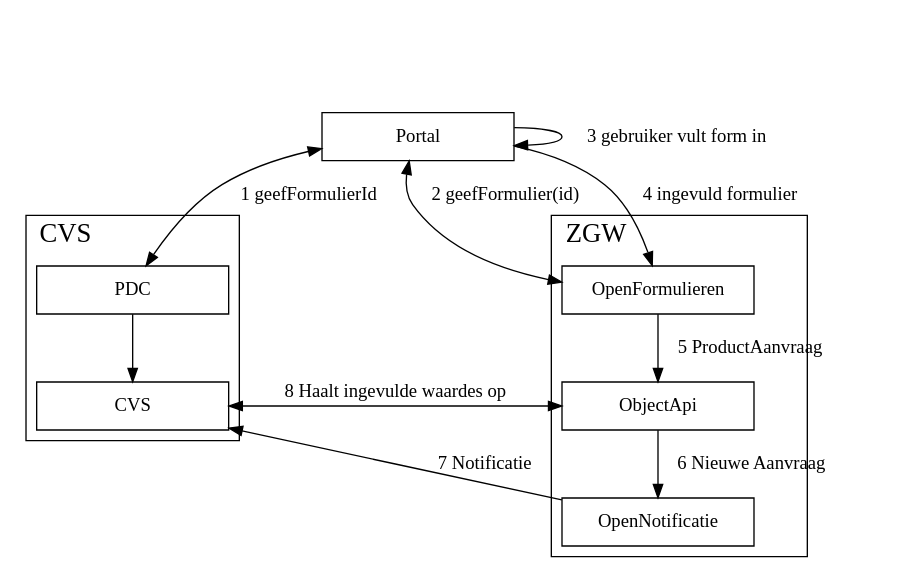
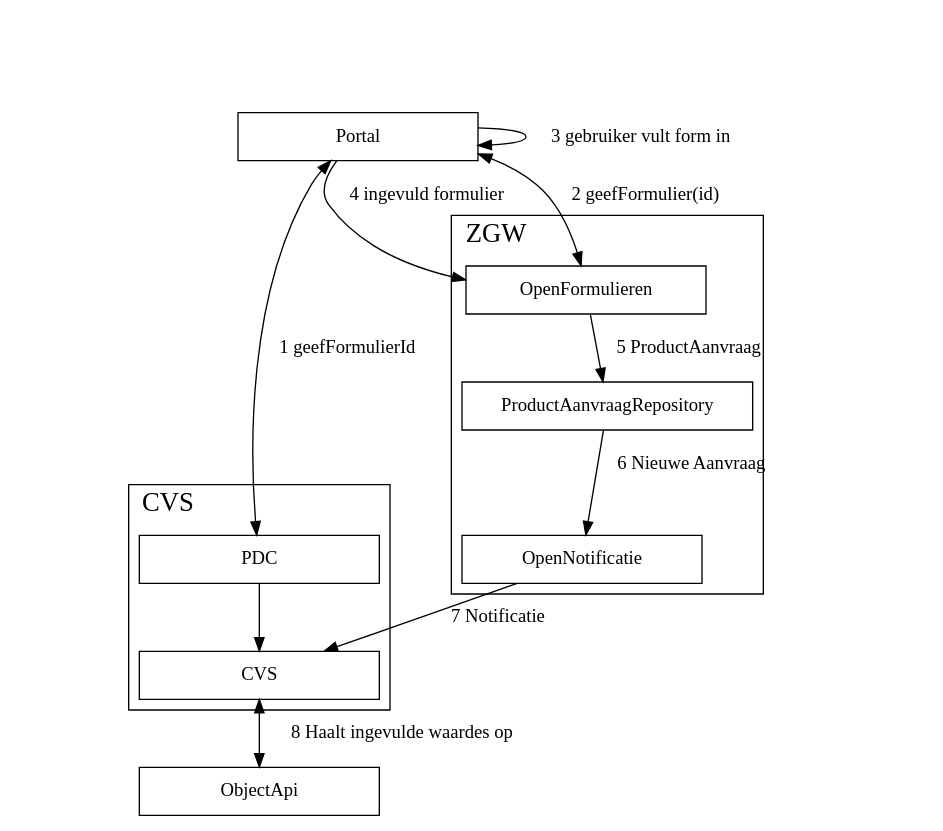
The diagram in images/graphviz/productaanvraag_cvs.dot (Gemeente-DenHaag/referentie-common-ground-implementatie), drawn with Graphviz before and after one commit. The commit also changed 1 other file, not shown here.

```diff
--- a/images/graphviz/productaanvraag_cvs.dot
+++ b/images/graphviz/productaanvraag_cvs.dot
@@ -1,50 +1,50 @@
    digraph {
         rankdir="TB";
         nodesep=0.5;
-        node [shape="box",width=2];
+        node [shape="box",width=2.5];
         fontsize=20;
 
         subgraph helper_left{
             rank=same;
             helper1[style=invis];
             helper2[style=invis];
             helper3[style=invis];
             helper1->helper2->helper3[style=invis];
         }
 
         subgraph cluster_cvs{
             label="CVS"
             labelloc="t";
             labeljust="l"
             CVS;
             PDC;
             PDC->CVS;
         }
 
         subgraph cluster_zgw{
             label="ZGW"
             labelloc="t";
             labeljust="l"
             OpenFormulieren;
-            ObjectApi;
+            ProductAanvraagRepository;
             OpenNotificatie;
         }  
 
         helper3->OpenFormulieren[style=invis];
         helper2->Portal[style=invis];
         helper1->PDC[style=invis];
 
         Portal->PDC[dir=both,label="1 geefFormulierId"];
         Portal->OpenFormulieren[label="2 geefFormulier(id)",dir=both]
         Portal->Portal[label="3 gebruiker vult form in"];
 
 
         Portal->OpenFormulieren[label="4 ingevuld formulier"];
-        OpenFormulieren->ObjectApi[label="5 ProductAanvraag"];
-        ObjectApi->OpenNotificatie[label="6 Nieuwe Aanvraag"];
+        OpenFormulieren->ProductAanvraagRepository[label="5 ProductAanvraag"];
+        ProductAanvraagRepository->OpenNotificatie[label="6 Nieuwe Aanvraag"];
 
         CVS->ObjectApi[label="8 Haalt ingevulde waardes op",dir=both];
 
         OpenNotificatie->CVS[label="7 Notificatie"]
 
    }
```
